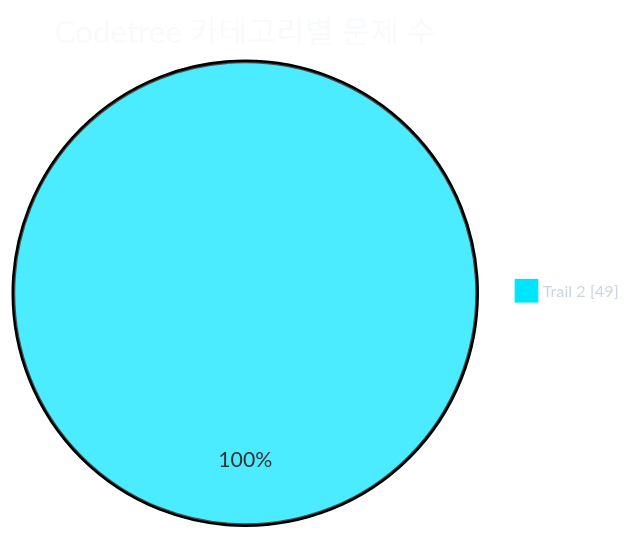
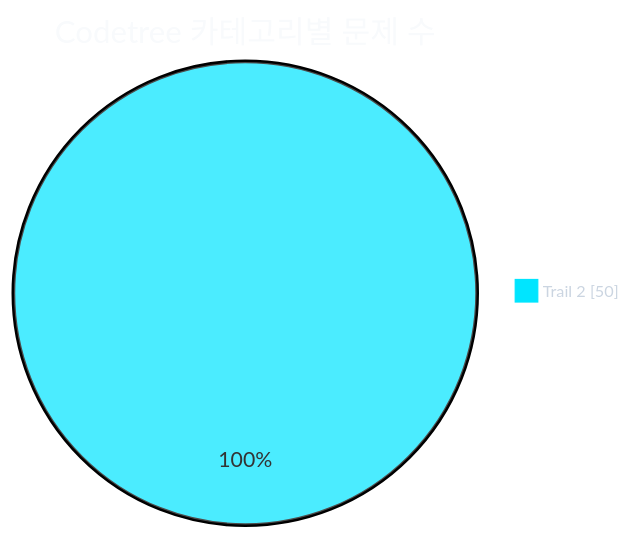
Before and after one commit to CHOOSLA/Algorithm: the first of 2 diagrams in readme.md, drawn with Mermaid. The commit also changed other lines of this file and 2 other files, not shown here.

````diff
--- a/readme.md
+++ b/readme.md
@@ -31,21 +31,21 @@
 ```mermaid
 ---
 config:
   theme: base
   themeVariables:
     background: '#0d1117'
     pieTitleTextColor: '#f8fafc'
     pieLegendTextColor: '#cbd5e1'
     pieLegendTextSize: '13px'
     pie1: '#00e5ff'
     pie2: '#22c55e'
     pie3: '#f59e0b'
     pie4: '#a855f7'
     pie5: '#ec4899'
     pie6: '#3b82f6'
     pie7: '#64748b'
 ---
 pie showData
   title Codetree 카테고리별 문제 수
-  "Trail 2" : 49
+  "Trail 2" : 50
 ```
````
